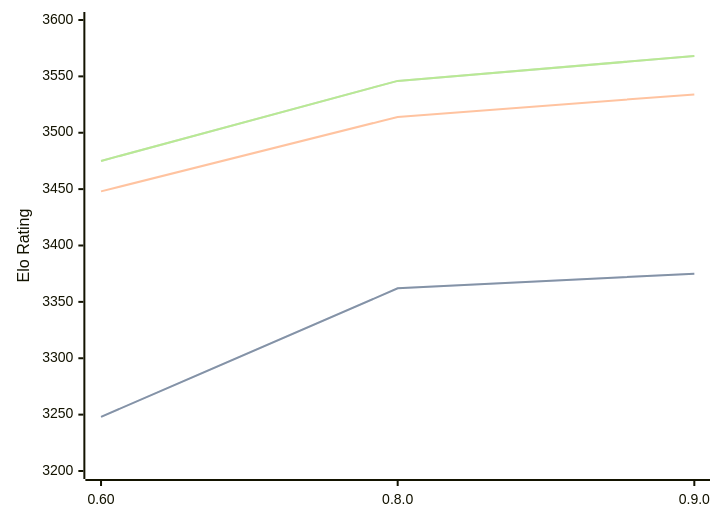
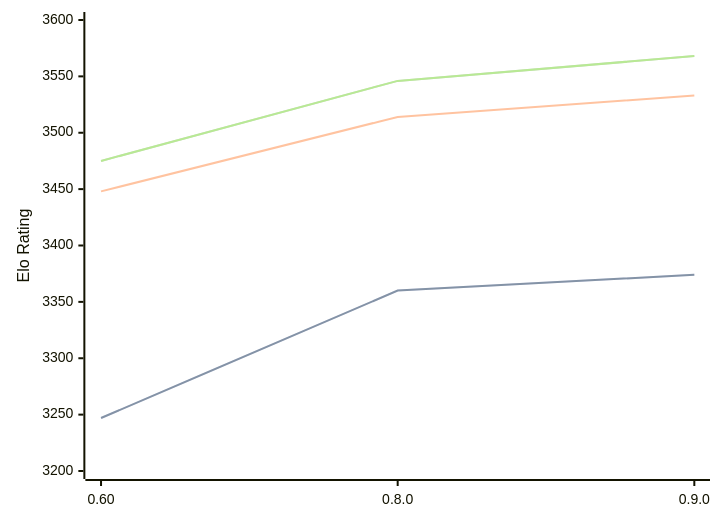
Before and after one commit to computer-chess-index/cci: the diagram in engines/Motor.md, drawn with Mermaid. The commit also changed other lines of this file, not shown here.

````diff
--- a/engines/Motor.md
+++ b/engines/Motor.md
@@ -39,11 +39,11 @@
 ```mermaid
 %%{init: {"theme":"base","themeVariables":{"seriesColors:['#a3a3a3','#222221','#faa371']}}}%%
 xychart-beta
   x-axis ["0.60", "0.8.0", "0.9.0"]
   y-axis "Elo Rating" 3200 --> 3600
-  line "STC (8.0+0.08s)" [3248, 3362, 3375]
-  line "STC (8.0+0.08s)" [3248, 3362, 3375]
-  line "LTC (60.0+0.60s)" [3448, 3514, 3534]
+  line "STC (8.0+0.08s)" [3247, 3360, 3374]
+  line "STC (8.0+0.08s)" [3247, 3360, 3374]
+  line "LTC (60.0+0.60s)" [3448, 3514, 3533]
   line "VLTC (2m24s+1.12s)" [3475, 3546, 3568]
   line "VLTC (2m24s+1.12s)" [3475, 3546, 3568]
 ```
````
